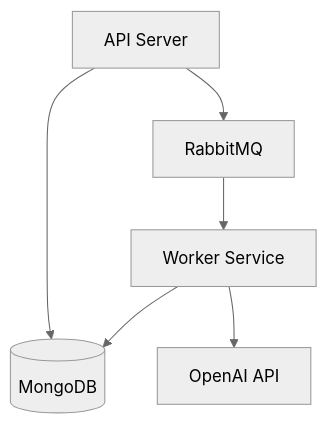
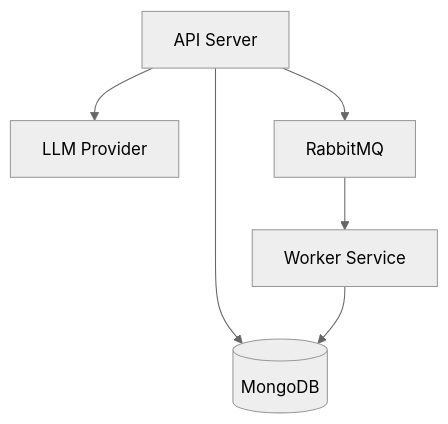
One commit to hayattofik-01/scrum-ai- changed the diagram in backend/docs/submission/2_Technical_Documentation.md. Above: the diagram before and after it, drawn with Mermaid (neutral theme). The commit also changed other lines of this file and 37 other files, not shown here.

````diff
--- a/backend/docs/submission/2_Technical_Documentation.md
+++ b/backend/docs/submission/2_Technical_Documentation.md
@@ -16,8 +17,8 @@
 ```mermaid
 graph TD
     API[API Server] --> DB[(MongoDB)]
+    API --> LLM[LLM Provider]
     API --> Rabbit[RabbitMQ]
     Rabbit --> Worker[Worker Service]
-    Worker --> OpenAI[OpenAI API]
     Worker --> DB
 ```
````
